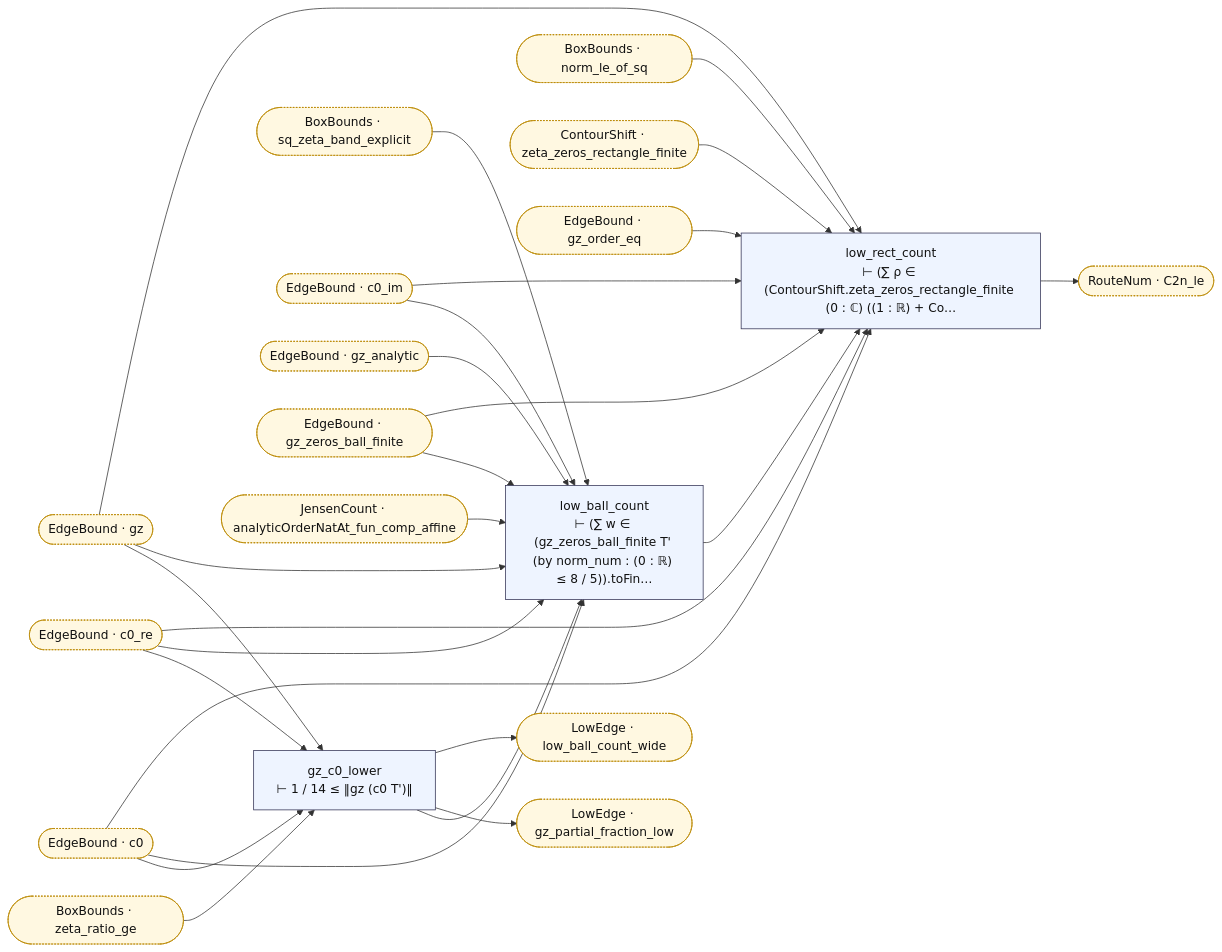
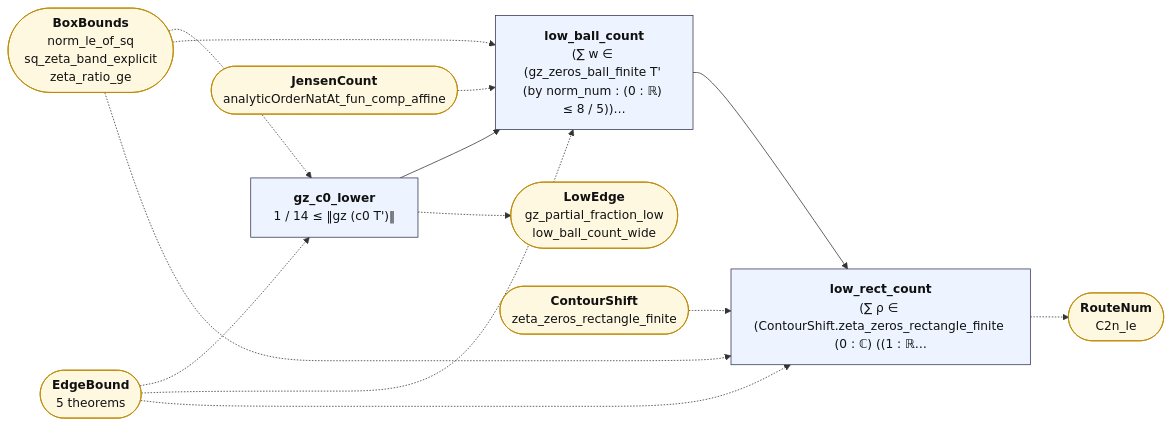
The diagram in map/lean_stage3/LowCount.md (juliansambranojr/Primebeat_081426), drawn with Mermaid before and after one commit. The commit also changed other lines of this file and 387 other files, not shown here.

````diff
--- a/map/lean_stage3/LowCount.md
+++ b/map/lean_stage3/LowCount.md
@@ -8,52 +12,29 @@
 ```mermaid
 flowchart LR
-  n0["gz_c0_lower<br/>⊢ 1 / 14 ≤ ‖gz (c0 T')‖"]:::thm
-  n1["low_ball_count<br/>⊢ (∑ w ∈ (gz_zeros_ball_finite T' (by norm_num : (0 : ℝ) ≤ 8 / 5)).toFin…"]:::thm
-  n2["low_rect_count<br/>⊢ (∑ ρ ∈ (ContourShift.zeta_zeros_rectangle_finite (0 : ℂ) ((1 : ℝ) + Co…"]:::thm
-  x0(["BoxBounds · norm_le_of_sq"]):::ext
-  x1(["BoxBounds · sq_zeta_band_explicit"]):::ext
-  x2(["BoxBounds · zeta_ratio_ge"]):::ext
-  x3(["ContourShift · zeta_zeros_rectangle_finite"]):::ext
-  x4(["EdgeBound · c0"]):::ext
-  x5(["EdgeBound · c0_im"]):::ext
-  x6(["EdgeBound · c0_re"]):::ext
-  x7(["EdgeBound · gz"]):::ext
-  x8(["EdgeBound · gz_analytic"]):::ext
-  x9(["EdgeBound · gz_order_eq"]):::ext
-  x10(["EdgeBound · gz_zeros_ball_finite"]):::ext
-  x11(["JensenCount · analyticOrderNatAt_fun_comp_affine"]):::ext
-  x12(["LowEdge · gz_partial_fraction_low"]):::ext
-  x13(["LowEdge · low_ball_count_wide"]):::ext
-  x14(["RouteNum · C2n_le"]):::ext
+  n0["<b>gz_c0_lower</b><br/>1 / 14 ≤ ‖gz (c0 T')‖"]:::thm
+  n1["<b>low_ball_count</b><br/>(∑ w ∈ (gz_zeros_ball_finite T' (by norm_num : (0 : ℝ) ≤ 8 / 5))…"]:::thm
+  n2["<b>low_rect_count</b><br/>(∑ ρ ∈ (ContourShift.zeta_zeros_rectangle_finite (0 : ℂ) ((1 : ℝ…"]:::thm
+  x0(["<b>BoxBounds</b><br/>norm_le_of_sq<br/>sq_zeta_band_explicit<br/>zeta_ratio_ge"]):::ext
+  x1(["<b>EdgeBound</b><br/>5 theorems"]):::ext
+  x2(["<b>LowEdge</b><br/>gz_partial_fraction_low<br/>low_ball_count_wide"]):::ext
+  x3(["<b>JensenCount</b><br/>analyticOrderNatAt_fun_comp_affine"]):::ext
+  x4(["<b>ContourShift</b><br/>zeta_zeros_rectangle_finite"]):::ext
+  x5(["<b>RouteNum</b><br/>C2n_le"]):::ext
   n0 --> n1
-  n0 --> x12
-  n0 --> x13
   n1 --> n2
-  n2 --> x14
-  x0 --> n2
-  x1 --> n1
-  x10 --> n1
-  x10 --> n2
-  x11 --> n1
-  x2 --> n0
-  x3 --> n2
-  x4 --> n0
-  x4 --> n1
-  x4 --> n2
-  x5 --> n1
-  x5 --> n2
-  x6 --> n0
-  x6 --> n1
-  x6 --> n2
-  x7 --> n0
-  x7 --> n1
-  x7 --> n2
-  x8 --> n1
-  x9 --> n2
+  n0 -.-> x2
+  n2 -.-> x5
+  x0 -.-> n0
+  x0 -.-> n1
+  x0 -.-> n2
+  x1 -.-> n0
+  x1 -.-> n1
+  x1 -.-> n2
+  x3 -.-> n1
+  x4 -.-> n2
   classDef thm fill:#eef4ff,stroke:#335,color:#111
-  classDef dfn fill:#f2f2f2,stroke:#777,color:#111
   classDef end_ fill:#e7f7e7,stroke:#2a7,color:#111,stroke-width:2px
   classDef lone fill:#fff,stroke:#999,color:#111,stroke-dasharray:4 3
   classDef bad fill:#ffe5e5,stroke:#c22,color:#111,stroke-width:2px
-  classDef ext fill:#fff8e1,stroke:#b80,color:#111,stroke-dasharray:2 2
+  classDef ext fill:#fff8e1,stroke:#b80,color:#111
 ```
````
